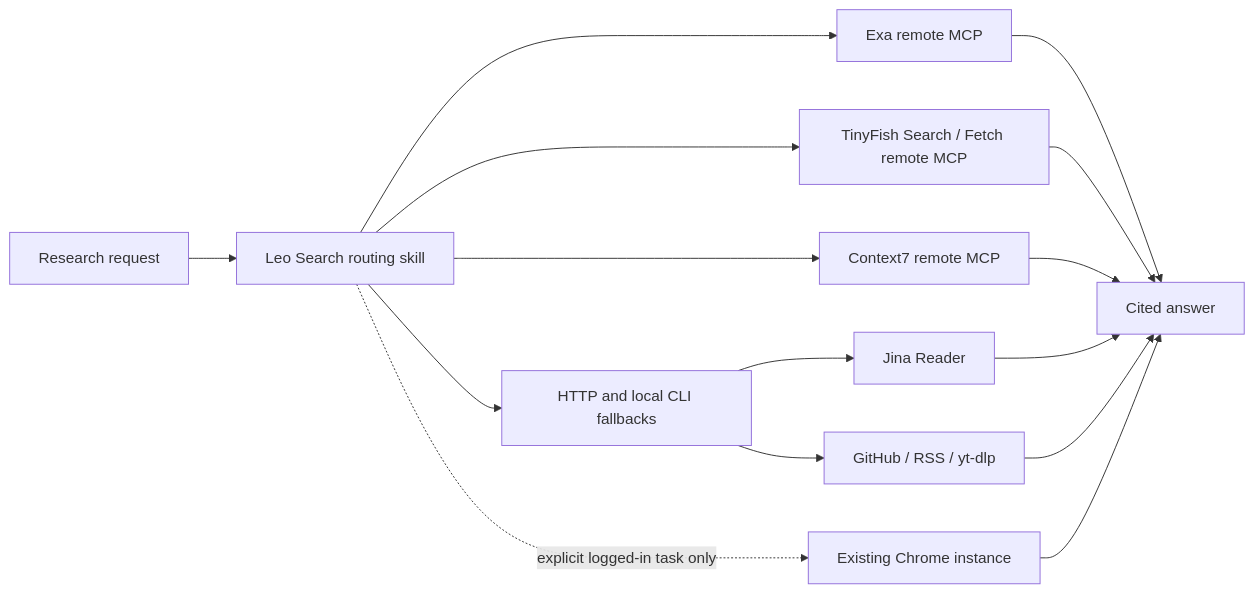
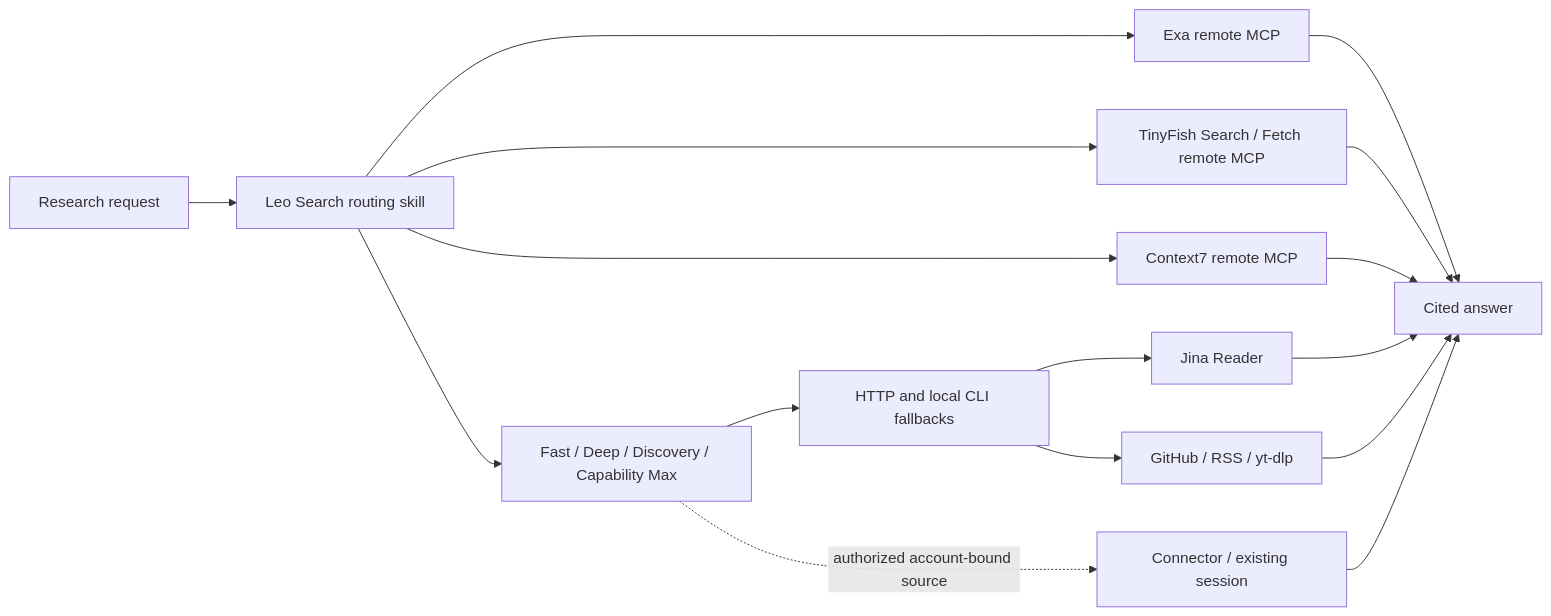
Before and after one commit to leoyb1010/leo-search: the diagram in README.md, drawn with Mermaid. The commit also changed other lines of this file and 13 other files, not shown here.

````diff
--- a/README.md
+++ b/README.md
@@ -74,17 +83,18 @@
 ```mermaid
 flowchart LR
   U["Research request"] --> R["Leo Search routing skill"]
   R --> E["Exa remote MCP"]
   R --> T["TinyFish Search / Fetch remote MCP"]
   R --> C["Context7 remote MCP"]
-  R --> H["HTTP and local CLI fallbacks"]
+  R --> M["Fast / Deep / Discovery / Capability Max"]
+  M --> H["HTTP and local CLI fallbacks"]
   H --> J["Jina Reader"]
   H --> G["GitHub / RSS / yt-dlp"]
-  R -. "explicit logged-in task only" .-> X["Existing Chrome instance"]
+  M -. "authorized account-bound source" .-> X["Connector / existing session"]
   E --> A["Cited answer"]
   T --> A
   C --> A
   J --> A
   G --> A
   X --> A
 ```
````
